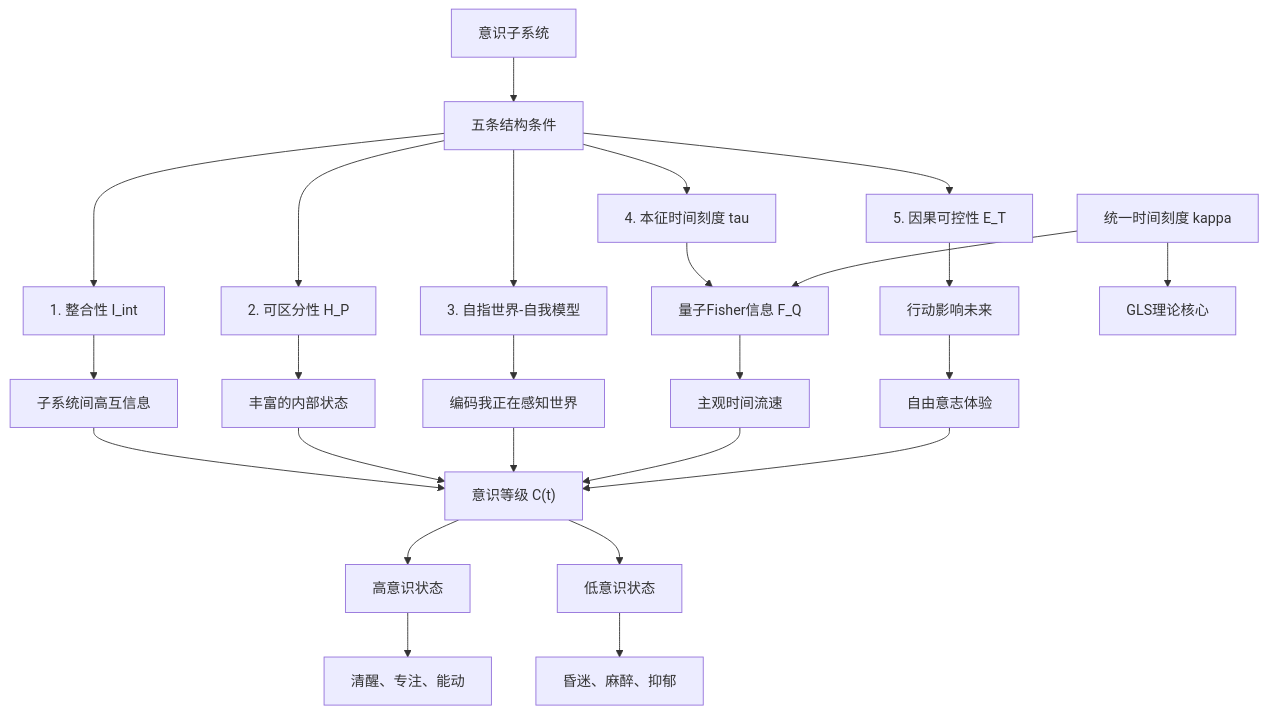
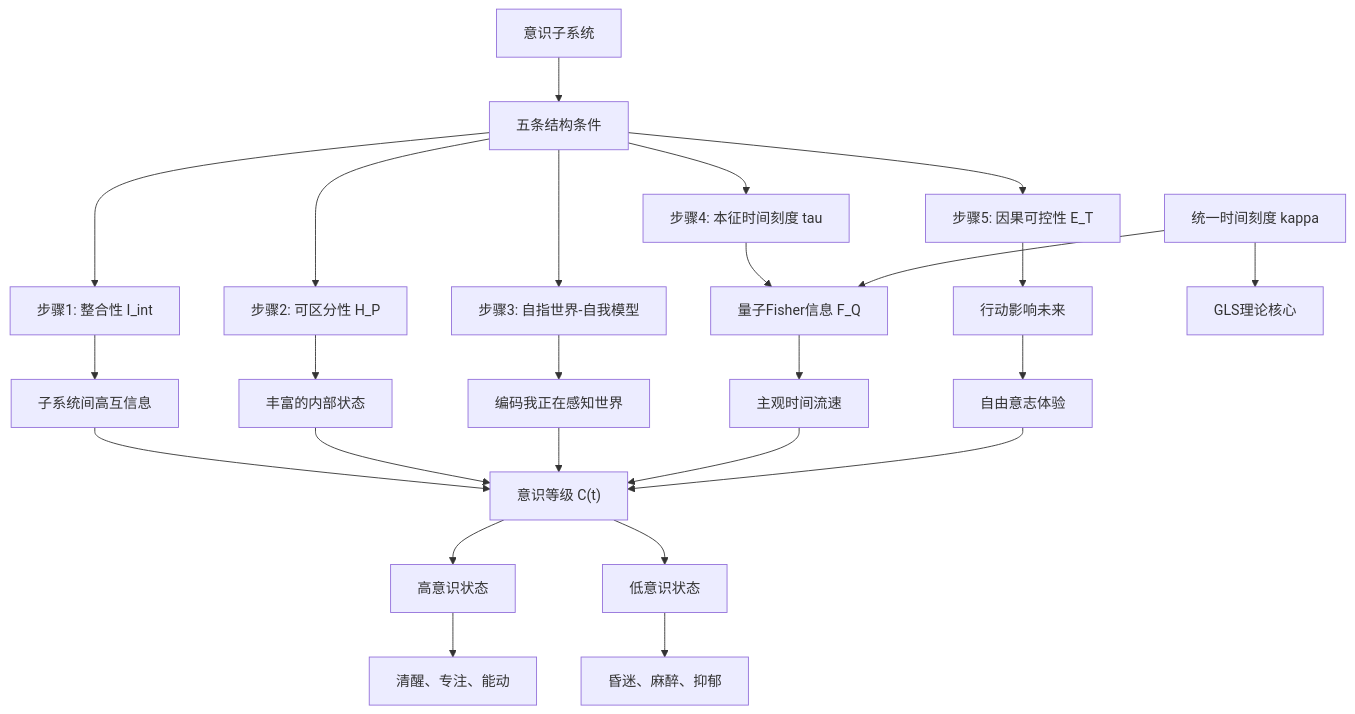
One commit to loning/zeckendorf-hilbert changed the fourth of 4 diagrams in docs/euler-article/gls-union/13-advanced-topics/03-consciousness.md. Above: the diagram before and after it, drawn with Mermaid. The commit also changed 26 other files, not shown here.

````diff
--- a/docs/euler-article/gls-union/13-advanced-topics/03-consciousness.md
+++ b/docs/euler-article/gls-union/13-advanced-topics/03-consciousness.md
@@ -1207,34 +1207,34 @@
 ```mermaid
 graph TB
     A["意识子系统"] --> B["五条结构条件"]
 
-    B --> C["1. 整合性 I_int"]
-    B --> D["2. 可区分性 H_P"]
-    B --> E["3. 自指世界-自我模型"]
-    B --> F["4. 本征时间刻度 tau"]
-    B --> G["5. 因果可控性 E_T"]
+    B --> C["步骤1: 整合性 I_int"]
+    B --> D["步骤2: 可区分性 H_P"]
+    B --> E["步骤3: 自指世界-自我模型"]
+    B --> F["步骤4: 本征时间刻度 tau"]
+    B --> G["步骤5: 因果可控性 E_T"]
 
     C --> H["子系统间高互信息"]
     D --> I["丰富的内部状态"]
     E --> J["编码我正在感知世界"]
     F --> K["量子Fisher信息 F_Q"]
     G --> L["行动影响未来"]
 
     K --> M["主观时间流速"]
     L --> N["自由意志体验"]
 
     H --> O["意识等级 C(t)"]
     I --> O
     J --> O
     M --> O
     N --> O
 
     O --> P["高意识状态"]
     O --> Q["低意识状态"]
 
     P --> R["清醒、专注、能动"]
     Q --> S["昏迷、麻醉、抑郁"]
 
     T["统一时间刻度 kappa"] --> K
     T --> U["GLS理论核心"]
 ```
````
